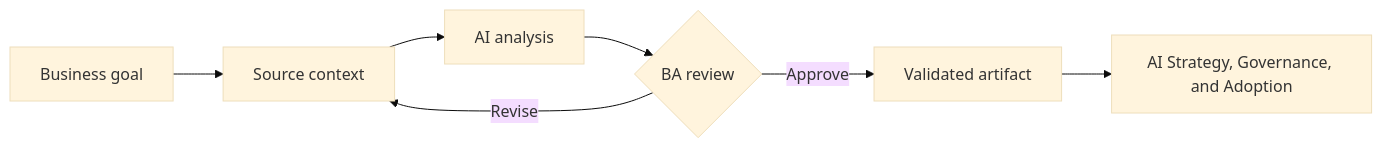
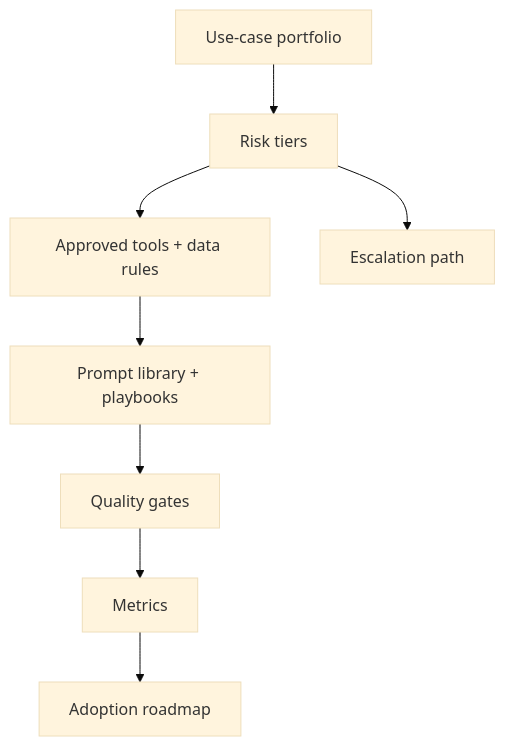
One commit to anhtnt90dev/ai-for-ba changed the diagram in docs/en/lessons/ai-strategy-governance-and-adoption/index.md. Above: the diagram before and after it, drawn with Mermaid (base theme). The commit also changed other lines of this file and 64 other files, not shown here.

````diff
--- a/docs/en/lessons/ai-strategy-governance-and-adoption/index.md
+++ b/docs/en/lessons/ai-strategy-governance-and-adoption/index.md
@@ -39,9 +38,10 @@
 ```mermaid
-flowchart LR
-    A["Business goal"] --> B["Source context"]
-    B --> C["AI analysis"]
-    C --> D{"BA review"}
-    D -->|"Revise"| B
-    D -->|"Approve"| E["Validated artifact"]
-    E --> F["AI Strategy, Governance, and Adoption"]
+flowchart TD
+    A["Use-case portfolio"] --> B["Risk tiers"]
+    B --> C["Approved tools + data rules"]
+    C --> D["Prompt library + playbooks"]
+    D --> E["Quality gates"]
+    E --> F["Metrics"]
+    F --> G["Adoption roadmap"]
+    B --> H["Escalation path"]
 ```
````
